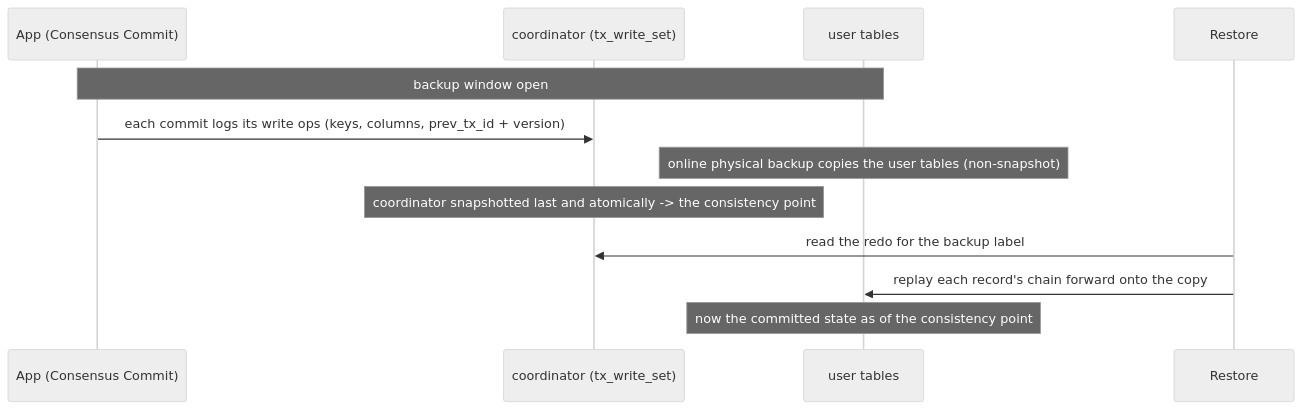
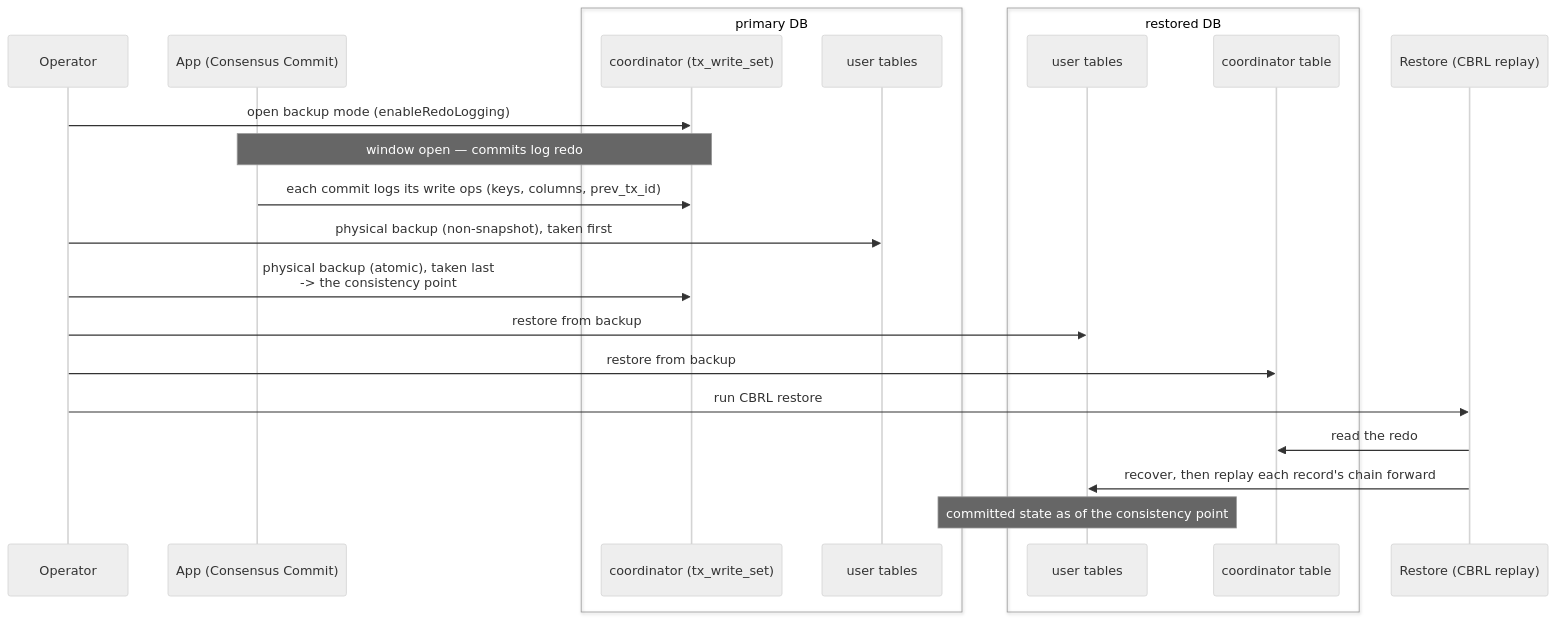
Before and after one commit to scalar-labs/scalardb: the first of 4 diagrams in cbrl-design.md, drawn with Mermaid (neutral theme). The commit also changed other lines of this file, not shown here.

Commit message:
CBRL design: rework the header sequence diagram and update begin() freshness
Rework the backup/restore sequence diagram: add the operator that drives the
lifecycle, group the primary and restored tables into boxes, show restore
reading the coordinator redo and replaying onto the user tables in the separate
restored DB, order the physical backups (user tables first, coordinator last ->
the consistency point), and simplify the labels. Update the begin() freshness
bullet to the shipped fail-closed behavior: the daemon arms only when the backup
table exists, and when armed an unconfirmed or stale flag fails closed.

````diff
--- a/cbrl-design.md
+++ b/cbrl-design.md
@@ -21,14 +21,25 @@
 ```mermaid
 sequenceDiagram
+    participant Op as Operator
     participant App as App (Consensus Commit)
-    participant Co as coordinator (tx_write_set)
-    participant DB as user tables
-    participant R as Restore
-    Note over App,DB: backup window open
-    App->>Co: each commit logs its write ops (keys, columns, prev_tx_id + version)
-    Note over DB: online physical backup copies the user tables (non-snapshot)
-    Note over Co: coordinator snapshotted last and atomically -> the consistency point
-    R->>Co: read the redo for the backup label
-    R->>DB: replay each record's chain forward onto the copy
-    Note over DB: now the committed state as of the consistency point
+    box primary DB
+        participant Co as coordinator (tx_write_set)
+        participant DB as user tables
+    end
+    box restored DB
+        participant UTr as user tables
+        participant COr as coordinator table
+    end
+    participant R as Restore (CBRL replay)
+    Op->>Co: open backup mode (enableRedoLogging)
+    Note over App,Co: window open — commits log redo
+    App->>Co: each commit logs its write ops (keys, columns, prev_tx_id)
+    Op->>DB: physical backup (non-snapshot), taken first
+    Op->>Co: physical backup (atomic), taken last<br/>-> the consistency point
+    Op->>UTr: restore from backup
+    Op->>COr: restore from backup
+    Op->>R: run CBRL restore
+    R->>COr: read the redo
+    R->>UTr: recover, then replay each record's chain forward
+    Note over UTr: committed state as of the consistency point
 ```
````
